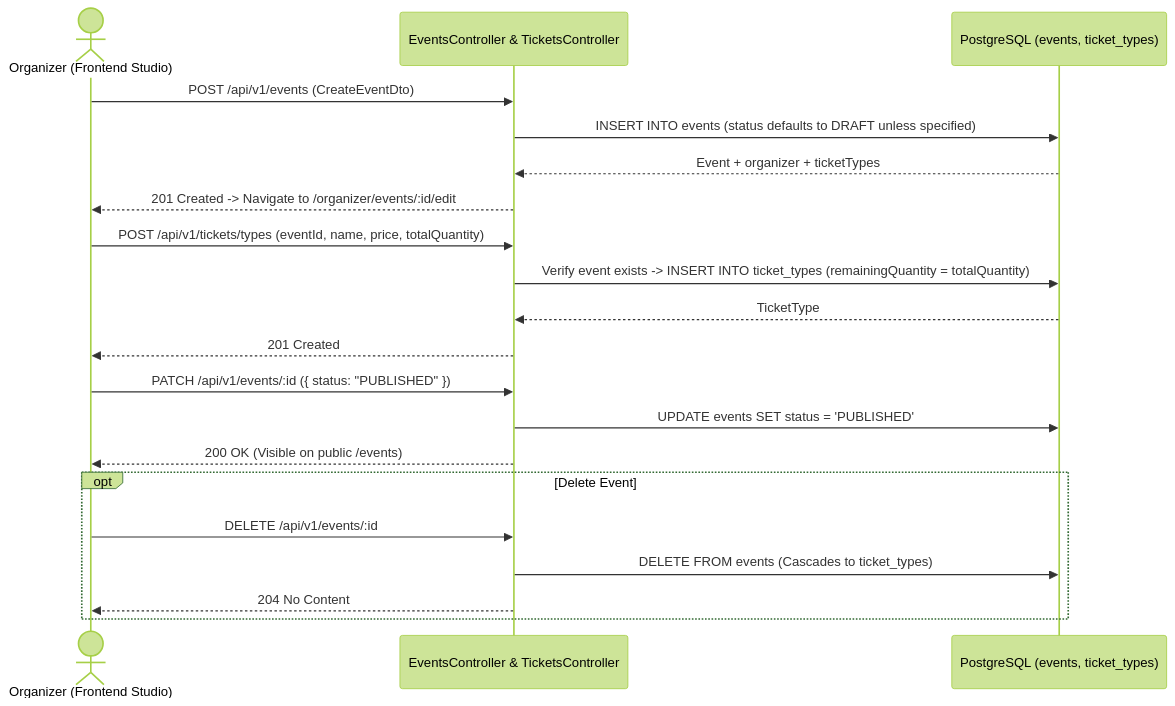
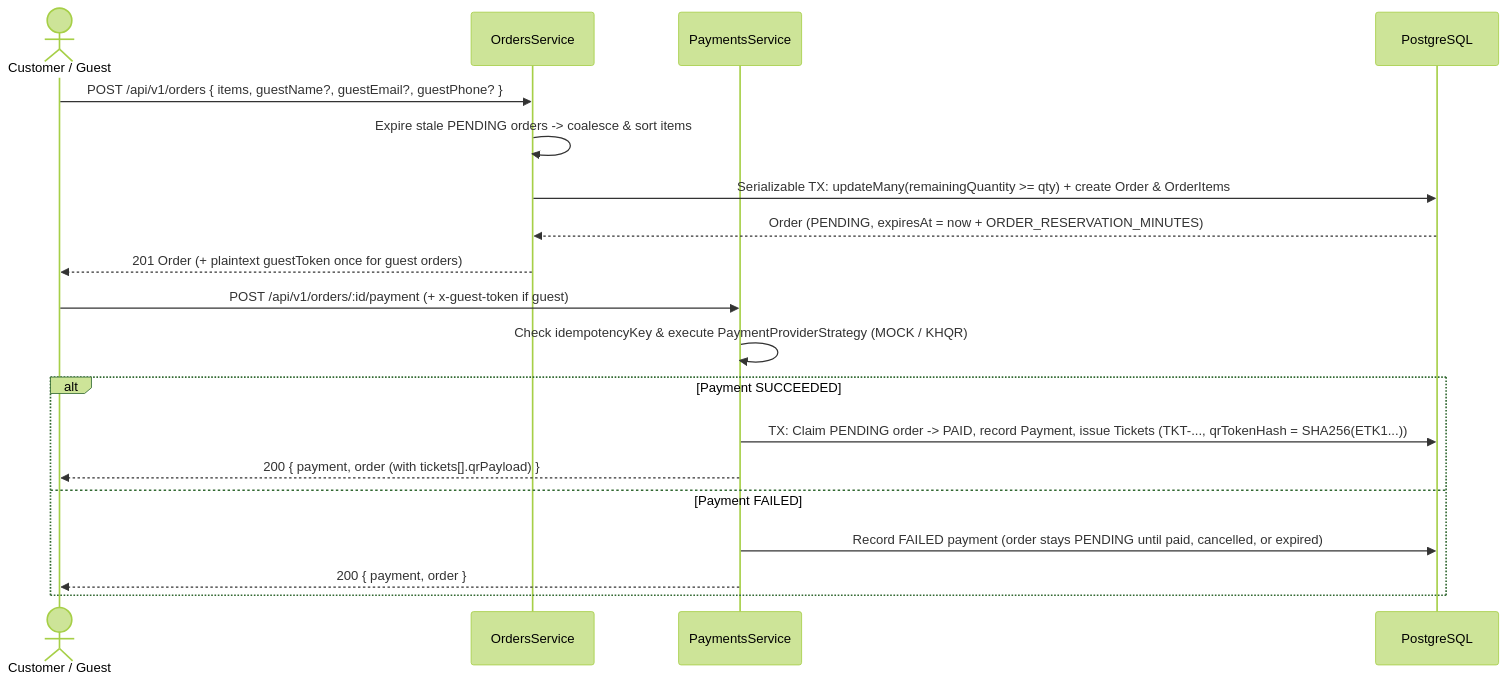
One commit to E-Ticket-Team/E-Ticket changed the fifth of 6 diagrams in docs/architecture.md. Above: the diagram before and after it, drawn with Mermaid (forest theme). The commit also changed other lines of this file and 7 other files, not shown here.

````diff
--- a/docs/architecture.md
+++ b/docs/architecture.md
@@ -287,26 +283,23 @@
 ```mermaid
 sequenceDiagram
-    actor Org as Organizer (Frontend Studio)
-    participant API as EventsController & TicketsController
-    participant DB as PostgreSQL (events, ticket_types)
+    actor Buyer as Customer / Guest
+    participant Orders as OrdersService
+    participant Pay as PaymentsService
+    participant DB as PostgreSQL
 
-    Org->>API: POST /api/v1/events (CreateEventDto)
-    API->>DB: INSERT INTO events (status defaults to DRAFT unless specified)
-    DB-->>API: Event + organizer + ticketTypes
-    API-->>Org: 201 Created -> Navigate to /organizer/events/:id/edit
+    Buyer->>Orders: POST /api/v1/orders { items, guestName?, guestEmail?, guestPhone? }
+    Orders->>Orders: Expire stale PENDING orders -> coalesce & sort items
+    Orders->>DB: Serializable TX: updateMany(remainingQuantity >= qty) + create Order & OrderItems
+    DB-->>Orders: Order (PENDING, expiresAt = now + ORDER_RESERVATION_MINUTES)
+    Orders-->>Buyer: 201 Order (+ plaintext guestToken once for guest orders)
 
-    Org->>API: POST /api/v1/tickets/types (eventId, name, price, totalQuantity)
-    API->>DB: Verify event exists -> INSERT INTO ticket_types (remainingQuantity = totalQuantity)
-    DB-->>API: TicketType
-    API-->>Org: 201 Created
-
-    Org->>API: PATCH /api/v1/events/:id ({ status: "PUBLISHED" })
-    API->>DB: UPDATE events SET status = 'PUBLISHED'
-    API-->>Org: 200 OK (Visible on public /events)
-
-    opt Delete Event
-        Org->>API: DELETE /api/v1/events/:id
-        API->>DB: DELETE FROM events (Cascades to ticket_types)
-        API-->>Org: 204 No Content
+    Buyer->>Pay: POST /api/v1/orders/:id/payment (+ x-guest-token if guest)
+    Pay->>Pay: Check idempotencyKey & execute PaymentProviderStrategy (MOCK / KHQR)
+    alt Payment SUCCEEDED
+        Pay->>DB: TX: Claim PENDING order -> PAID, record Payment, issue Tickets (TKT-..., qrTokenHash = SHA256(ETK1...))
+        Pay-->>Buyer: 200 { payment, order (with tickets[].qrPayload) }
+    else Payment FAILED
+        Pay->>DB: Record FAILED payment (order stays PENDING until paid, cancelled, or expired)
+        Pay-->>Buyer: 200 { payment, order }
     end
 ```
````
